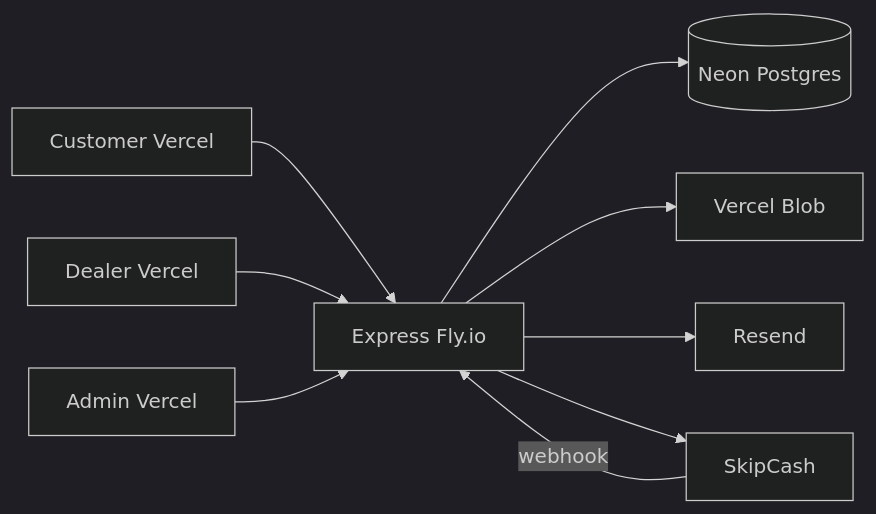
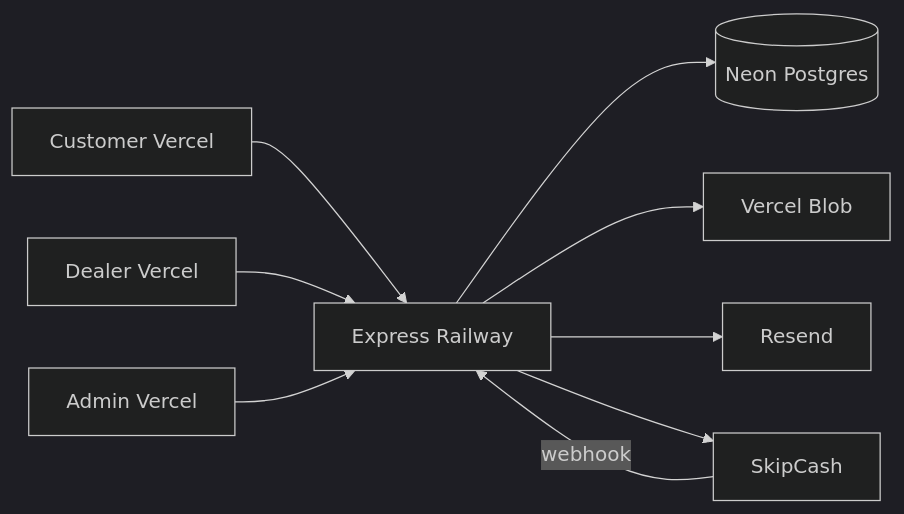
One commit to Fares-ag/carflowing changed the diagram in docs/PRODUCTION_READINESS.md. Above: the diagram before and after it, drawn with Mermaid (dark theme). The commit also changed other lines of this file and 529 other files, not shown here.

````diff
--- a/docs/PRODUCTION_READINESS.md
+++ b/docs/PRODUCTION_READINESS.md
@@ -18,11 +20,11 @@
 ```mermaid
 flowchart LR
-  CustomerApp[Customer Vercel] --> API[Express Fly.io]
+  CustomerApp[Customer Vercel] --> API[Express Railway]
   DealerApp[Dealer Vercel] --> API
   AdminApp[Admin Vercel] --> API
   API --> Neon[(Neon Postgres)]
   API --> Blob[Vercel Blob]
   API --> Resend[Resend]
   API --> SkipCash[SkipCash]
   SkipCash -->|webhook| API
 ```
````
